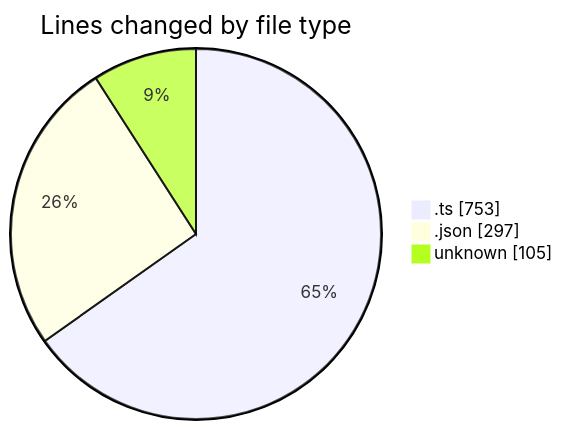
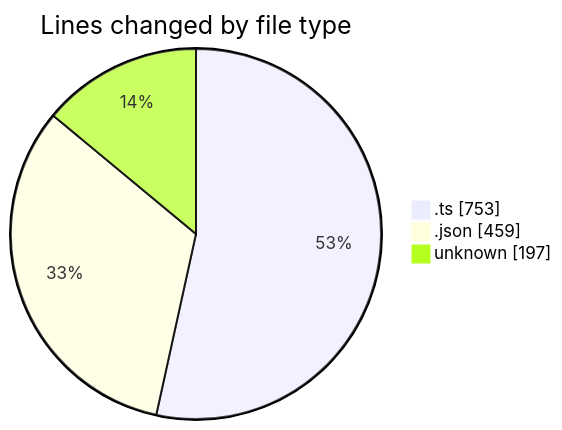
Before and after one commit to EIIisD/code-tracking: the first of 2 diagrams in 2025-08-24/chatgpt-extension/README.md, drawn with Mermaid. The commit also changed other lines of this file and 1 other file, not shown here.

````diff
--- a/2025-08-24/chatgpt-extension/README.md
+++ b/2025-08-24/chatgpt-extension/README.md
@@ -24,7 +24,7 @@
 ```mermaid
 pie showData
 title Lines changed by file type
 ".ts" : 753
-".json" : 297
-"unknown" : 105
+".json" : 459
+"unknown" : 197
 ```
````
